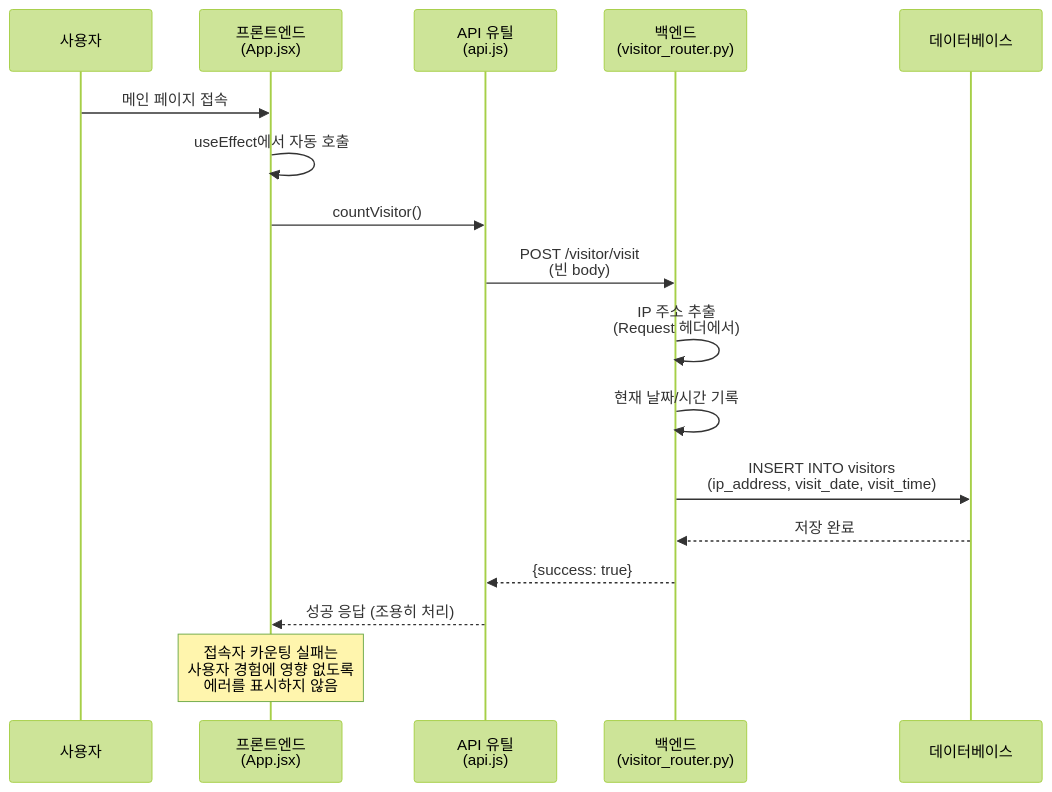
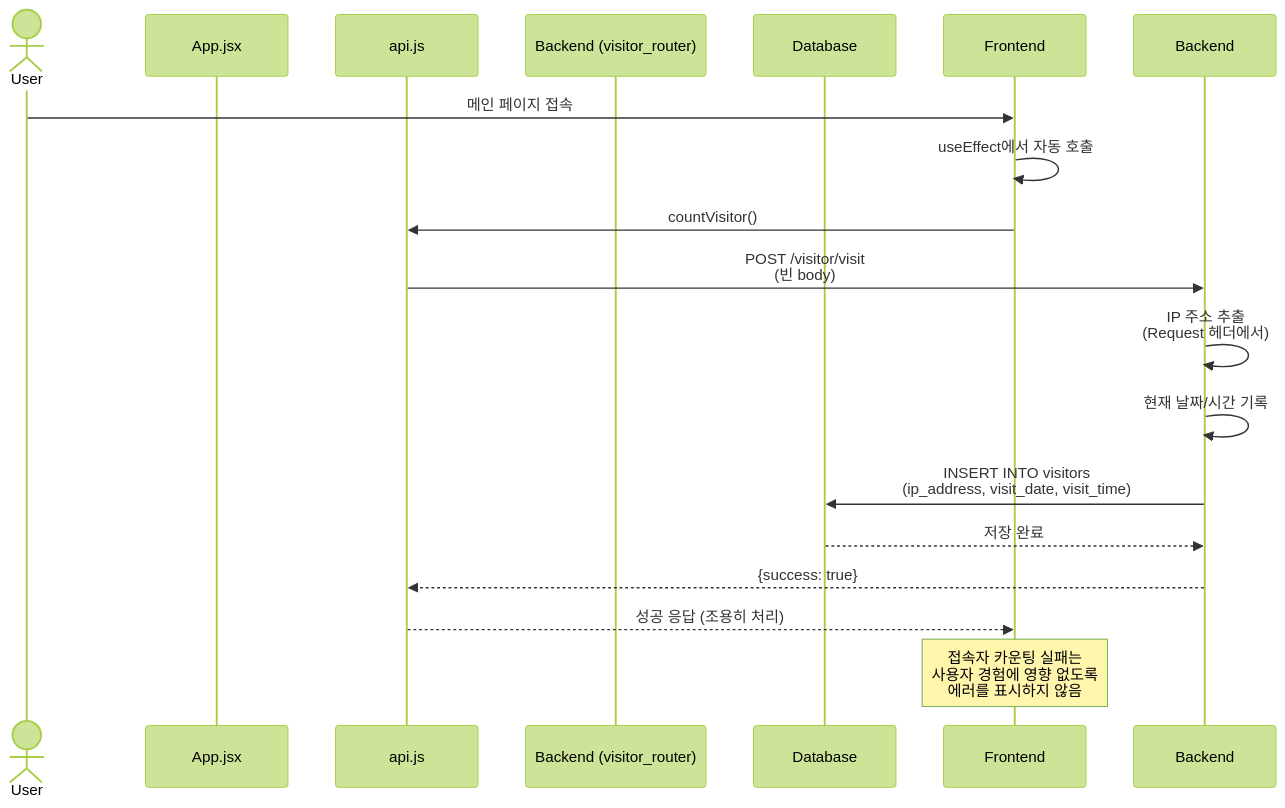
One commit to MerrydayPrject/final-repo-back changed the tenth of 12 diagrams in docs/sequence_diagrams.md. Above: the diagram before and after it, drawn with Mermaid (forest theme). The commit also changed other lines of this file, not shown here.

Commit message:
diagrams_merged

````diff
--- a/docs/sequence_diagrams.md
+++ b/docs/sequence_diagrams.md
@@ -678,23 +601,23 @@
 ```mermaid
 sequenceDiagram
-    participant User as 사용자
-    participant Frontend as 프론트엔드<br/>(App.jsx)
-    participant API as API 유틸<br/>(api.js)
-    participant Backend as 백엔드<br/>(visitor_router.py)
-    participant DB as 데이터베이스
+    actor User
+    participant App as App.jsx
+    participant API as api.js
+    participant BE as Backend (visitor_router)
+    participant DB as Database
 
     User->>Frontend: 메인 페이지 접속
     Frontend->>Frontend: useEffect에서 자동 호출
     Frontend->>API: countVisitor()
     API->>Backend: POST /visitor/visit<br/>(빈 body)
     
     Backend->>Backend: IP 주소 추출<br/>(Request 헤더에서)
     Backend->>Backend: 현재 날짜/시간 기록
     Backend->>DB: INSERT INTO visitors<br/>(ip_address, visit_date, visit_time)
     DB-->>Backend: 저장 완료
     
     Backend-->>API: {success: true}
     API-->>Frontend: 성공 응답 (조용히 처리)
     
     Note over Frontend: 접속자 카운팅 실패는<br/>사용자 경험에 영향 없도록<br/>에러를 표시하지 않음
 ```
````
